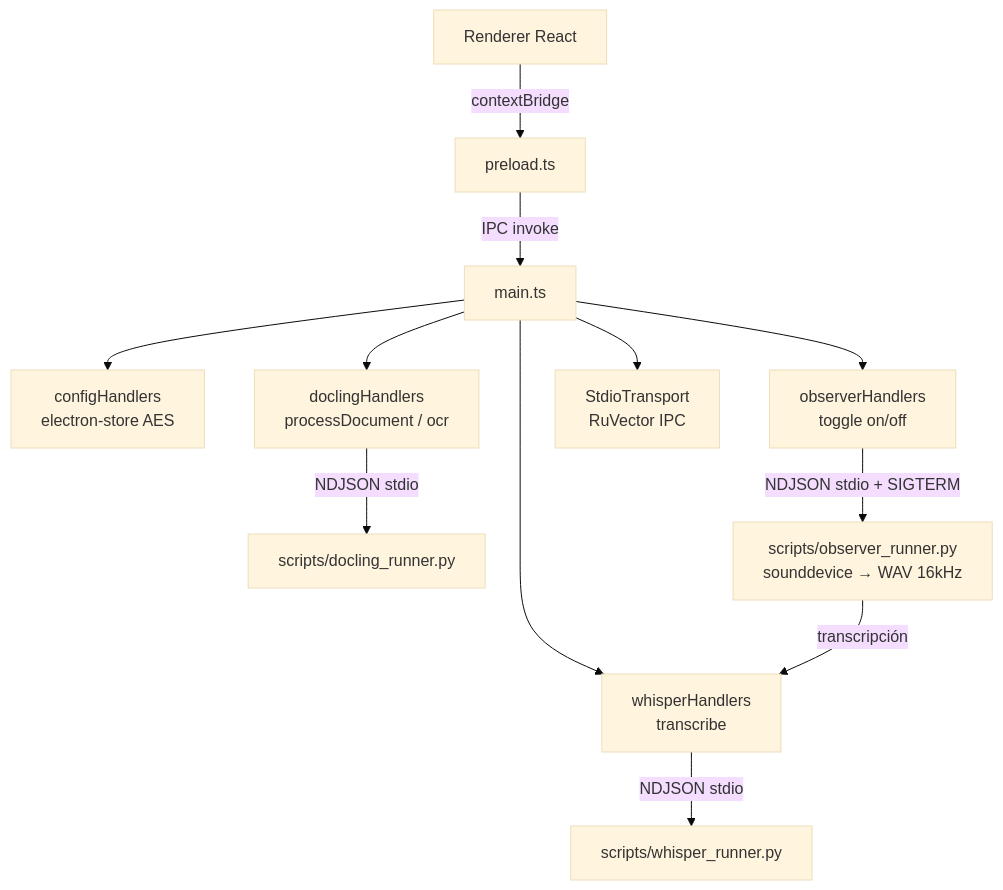
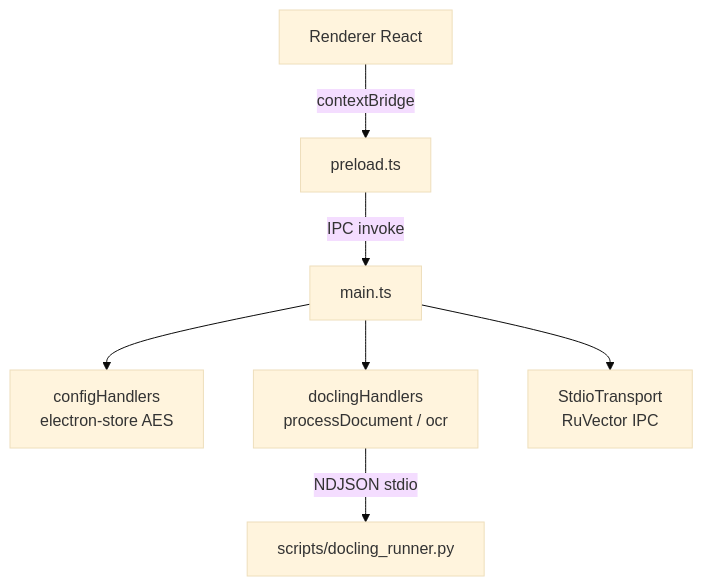
One commit to JantonioFC/Carrera-LTI changed the third of 4 diagrams in docs/DIAGRAMAS_ARQUITECTURA.md. Above: the diagram before and after it, drawn with Mermaid (base theme). The commit also changed other lines of this file and 13 other files, not shown here.

````diff
--- a/docs/DIAGRAMAS_ARQUITECTURA.md
+++ b/docs/DIAGRAMAS_ARQUITECTURA.md
@@ -45,14 +45,9 @@
 ```mermaid
 graph TD
     Renderer[Renderer React] -->|contextBridge| Preload[preload.ts]
     Preload -->|IPC invoke| Main[main.ts]
     Main --> Config[configHandlers\nelectron-store AES]
     Main --> Docling[doclingHandlers\nprocessDocument / ocr]
-    Main --> Whisper[whisperHandlers\ntranscribe]
-    Main --> Observer[observerHandlers\ntoggle on/off]
     Docling -->|NDJSON stdio| DoclingPy[scripts/docling_runner.py]
-    Whisper -->|NDJSON stdio| WhisperPy[scripts/whisper_runner.py]
-    Observer -->|NDJSON stdio + SIGTERM| ObserverPy[scripts/observer_runner.py\nsounddevice → WAV 16kHz]
-    ObserverPy -->|transcripción| Whisper
     Main --> RuVector[StdioTransport\nRuVector IPC]
 ```
````
